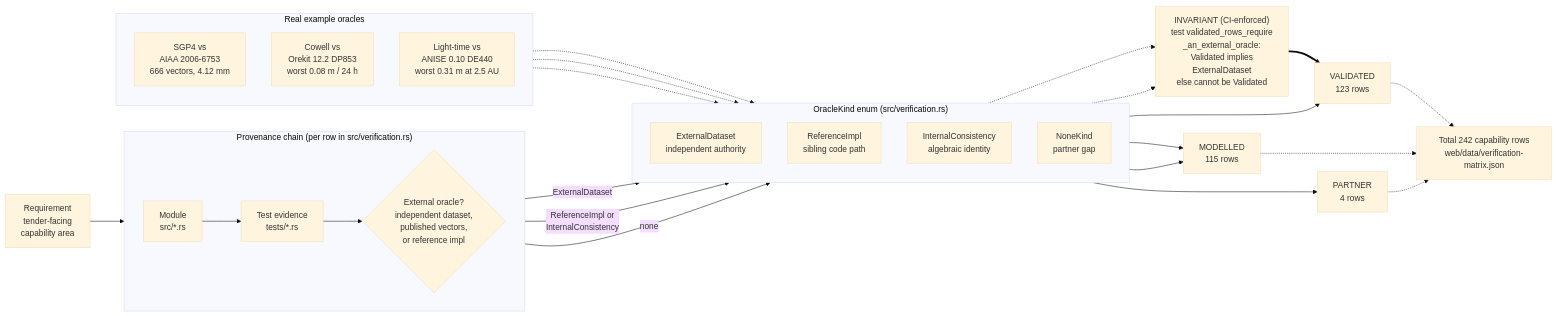
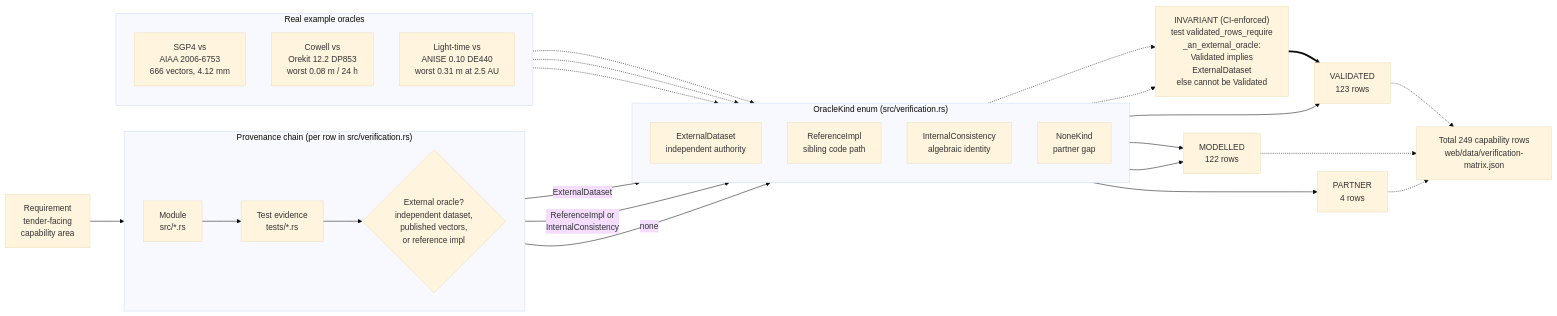
One commit to ashfordeOU/kshana changed the diagram in docs/diagrams/validation-provenance.mmd. Above: the diagram before and after it, drawn with Mermaid (base theme). The commit also changed 31 other files, not shown here.

```diff
--- a/docs/diagrams/validation-provenance.mmd
+++ b/docs/diagrams/validation-provenance.mmd
@@ -1,49 +1,49 @@
 flowchart LR
     REQ["Requirement<br/>tender-facing<br/>capability area"]
 
     subgraph CHAIN["Provenance chain (per row in src/verification.rs)"]
         direction LR
         MOD["Module<br/>src/*.rs"]
         TST["Test evidence<br/>tests/*.rs"]
         ORA{"External oracle?<br/>independent dataset,<br/>published vectors,<br/>or reference impl"}
     end
 
     REQ --> MOD --> TST --> ORA
 
     subgraph KINDS["OracleKind enum (src/verification.rs)"]
         direction TD
         EXT["ExternalDataset<br/>independent authority"]
         REF["ReferenceImpl<br/>sibling code path"]
         INT["InternalConsistency<br/>algebraic identity"]
         NON["NoneKind<br/>partner gap"]
     end
 
     ORA -->|ExternalDataset| EXT
     ORA -->|"ReferenceImpl or<br/>InternalConsistency"| INT
     ORA -->|none| NON
 
     GUARD["INVARIANT (CI-enforced)<br/>test validated_rows_require<br/>_an_external_oracle:<br/>Validated implies<br/>ExternalDataset<br/>else cannot be Validated"]
     EXT -.-> GUARD
     INT -.-> GUARD
 
     EXT --> VAL["VALIDATED<br/>123 rows"]
-    REF --> MDL["MODELLED<br/>115 rows"]
+    REF --> MDL["MODELLED<br/>122 rows"]
     INT --> MDL
     NON --> PRT["PARTNER<br/>4 rows"]
     GUARD ==> VAL
 
     subgraph EX["Real example oracles"]
         direction TD
         E1["SGP4 vs<br/>AIAA 2006-6753<br/>666 vectors, 4.12 mm"]
         E2["Cowell vs<br/>Orekit 12.2 DP853<br/>worst 0.08 m / 24 h"]
         E3["Light-time vs<br/>ANISE 0.10 DE440<br/>worst 0.31 m at 2.5 AU"]
     end
 
     E1 -.-> EXT
     E2 -.-> EXT
     E3 -.-> EXT
 
-    TOTAL["Total 242 capability rows<br/>web/data/verification-matrix.json"]
+    TOTAL["Total 249 capability rows<br/>web/data/verification-matrix.json"]
     VAL -.-> TOTAL
     MDL -.-> TOTAL
     PRT -.-> TOTAL
```
